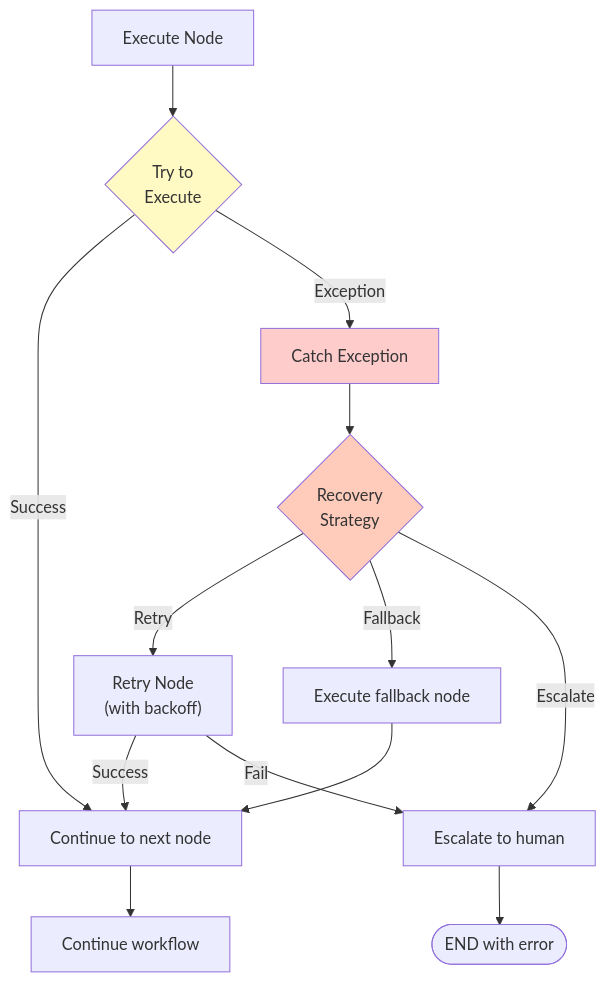
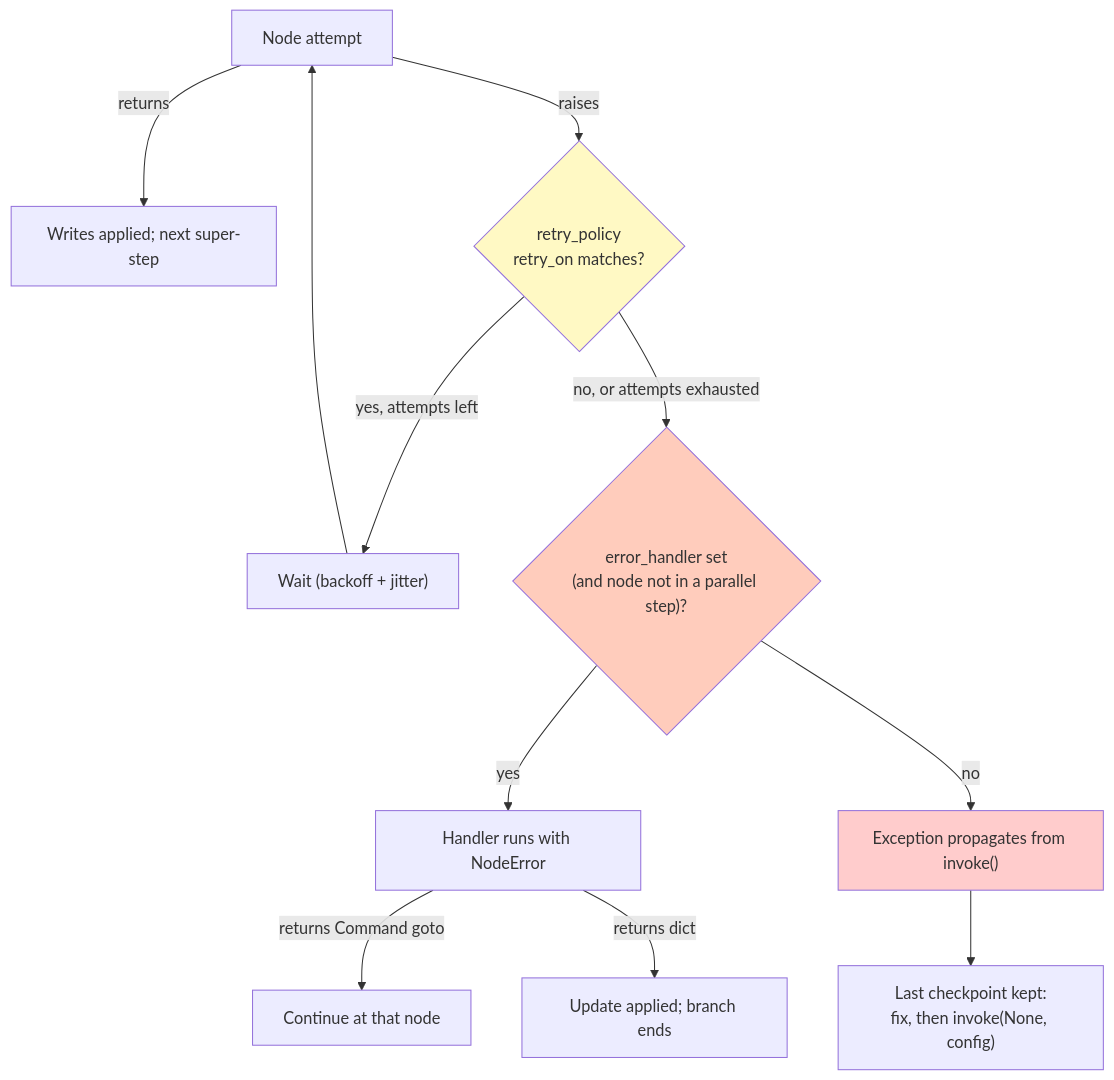
Before and after one commit to CodeHalwell/AgentGuides: diagram 20 of 21 in src/content/docs/langgraph-guide/python/langgraph_diagrams.md, drawn with Mermaid. The commit also changed other lines of this file and 30 other files, not shown here.

````diff
--- a/src/content/docs/langgraph-guide/python/langgraph_diagrams.md
+++ b/src/content/docs/langgraph-guide/python/langgraph_diagrams.md
@@ -574,26 +588,19 @@
 ```mermaid
 graph TD
-    Execute["Execute Node"]
-    
-    Execute --> Try{"Try to<br/>Execute"}
-    
-    Try -->|Success| Next["Continue to next node"]
-    Try -->|Exception| Catch["Catch Exception"]
-    
-    Catch --> Decide{"Recovery<br/>Strategy"}
-    
-    Decide -->|Retry| Retry["Retry Node<br/>(with backoff)"]
-    Decide -->|Fallback| Fallback["Execute fallback node"]
-    Decide -->|Escalate| Escalate["Escalate to human"]
-    
-    Retry -->|Success| Next
-    Retry -->|Fail| Escalate
-    
-    Fallback --> Next
-    Escalate --> END([END with error])
-    Next --> Done["Continue workflow"]
-    
-    style Try fill:#fff9c4
-    style Catch fill:#ffcccc
-    style Decide fill:#ffccbc
+    Execute["Node attempt"] -->|returns| Next["Writes applied; next super-step"]
+    Execute -->|raises| Match{"retry_policy<br/>retry_on matches?"}
+
+    Match -->|yes, attempts left| Backoff["Wait (backoff + jitter)"] --> Execute
+    Match -->|no, or attempts exhausted| Handler{"error_handler set<br/>(and node not in a parallel step)?"}
+
+    Handler -->|yes| Run["Handler runs with NodeError"]
+    Run -->|returns Command goto| Route["Continue at that node"]
+    Run -->|returns dict| Stop["Update applied; branch ends"]
+
+    Handler -->|no| Fail["Exception propagates from invoke()"]
+    Fail --> Resume["Last checkpoint kept:<br/>fix, then invoke(None, config)"]
+
+    style Match fill:#fff9c4
+    style Handler fill:#ffccbc
+    style Fail fill:#ffcccc
 ```
````
